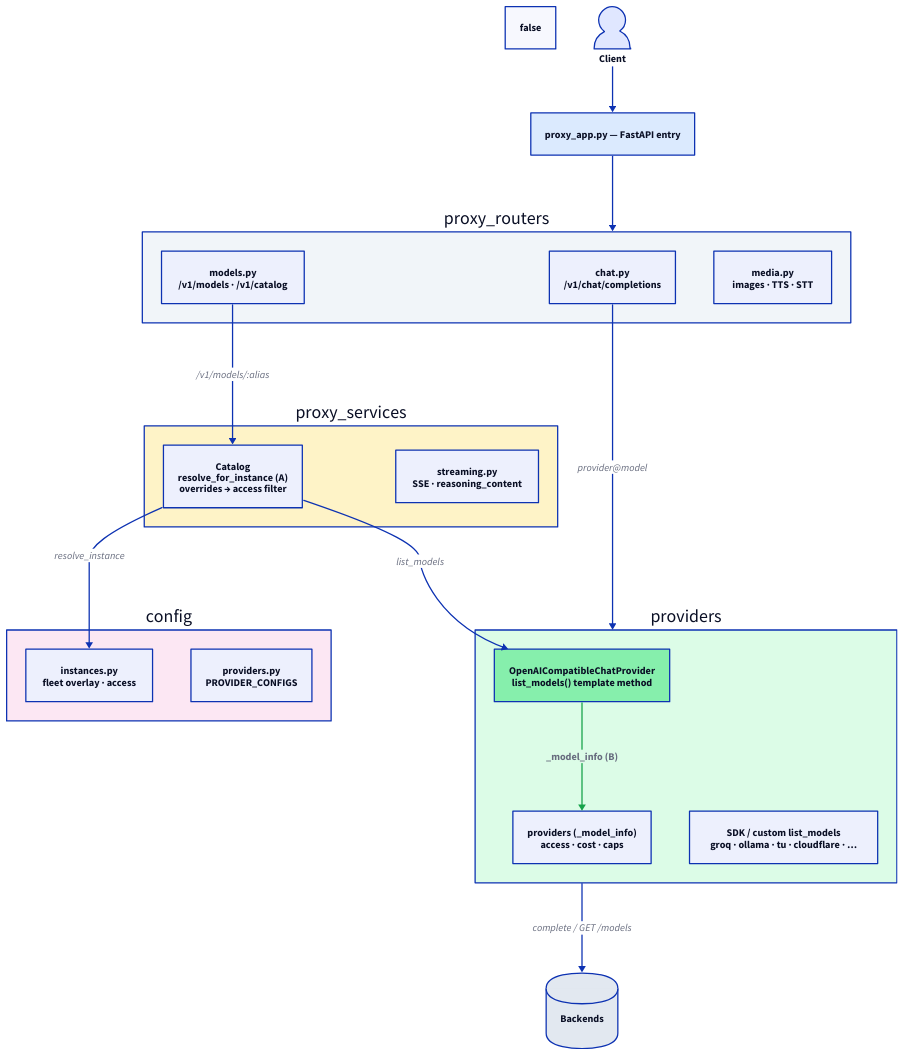
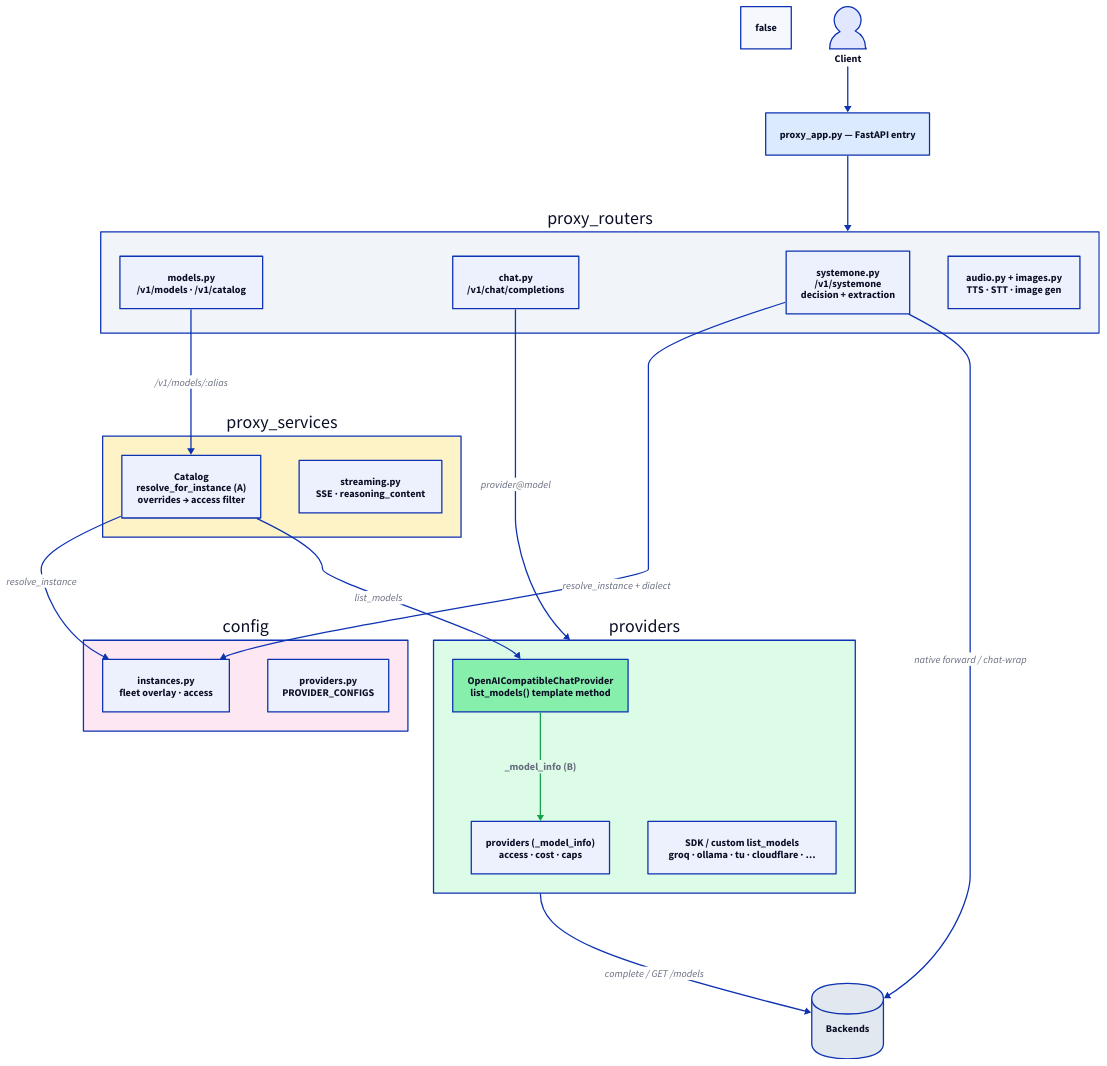
Before and after one commit to devskale/python-openutils: the diagram in packages/uniinfer/docs/architecture.d2, drawn with D2. The commit also changed 10 other files, not shown here.

```diff
--- a/packages/uniinfer/docs/architecture.d2
+++ b/packages/uniinfer/docs/architecture.d2
@@ -1,48 +1,51 @@
 # UniInfer architecture — render:  d2 docs/architecture.d2 docs/architecture.svg
 # Compact vertical layout; one-line labels (detail lives in ARCHITECTURE.md).
 # A = Catalog.resolve_for_instance (overrides → access filter).
 # B = provider list_models template method (_model_info dialect seam).
 
 direction: down
 sketch: false
 
 client: Client { shape: person; style.fill: "#e0e7ff" }
 
 proxy_app: "proxy_app.py — FastAPI entry" { style.fill: "#dbeafe" }
 
 routers: "proxy_routers" {
   style.fill: "#f1f5f9"
   models: "models.py\n/v1/models · /v1/catalog"
   chat: "chat.py\n/v1/chat/completions"
-  media: "media.py\nimages · TTS · STT"
+  systemone: "systemone.py\n/v1/systemone\ndecision + extraction"
+  audio: "audio.py + images.py\nTTS · STT · image gen"
 }
 
 services: "proxy_services" {
   style.fill: "#fef3c7"
   catalog: "Catalog\nresolve_for_instance (A)\noverrides → access filter"
   streaming: "streaming.py\nSSE · reasoning_content"
 }
 
 config: "config" {
   style.fill: "#fce7f3"
   instances: "instances.py\nfleet overlay · access"
   providers_cfg: "providers.py\nPROVIDER_CONFIGS"
 }
 
 providers: "providers" {
   style.fill: "#dcfce7"
   base: "OpenAICompatibleChatProvider\nlist_models() template method" { style.fill: "#86efac" }
   dialect: "providers (_model_info)\naccess · cost · caps"
   custom: "SDK / custom list_models\ngroq · ollama · tu · cloudflare · …"
 }
 
 backends: Backends { shape: cylinder; style.fill: "#e2e8f0" }
 
 client -> proxy_app
 proxy_app -> routers
 routers.models -> services.catalog: "/v1/models/:alias"
 routers.chat -> providers: "provider@model"
 services.catalog -> config.instances: "resolve_instance"
+routers.systemone -> config.instances: "resolve_instance + dialect"
+routers.systemone -> backends: "native forward / chat-wrap"
 services.catalog -> providers.base: "list_models"
 providers.base -> providers.dialect: "_model_info (B)" { style.stroke: "#16a34a"; style.bold: true }
 providers -> backends: "complete / GET /models"
```
